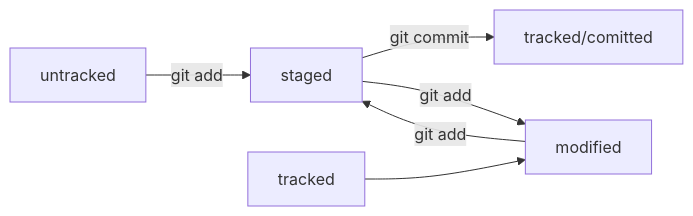
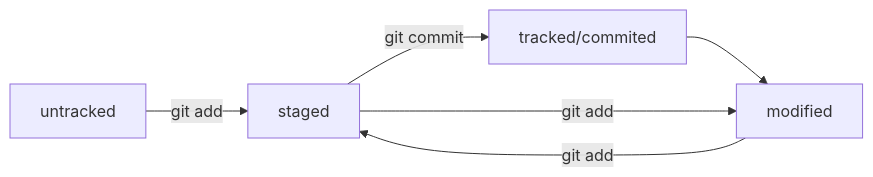
The diagram in readme.md (Vladimir-Stepanenko/project), drawn with Mermaid before and after one commit. The commit also changed other lines of this file, not shown here.

Commit message:
Исправить грамматику в блоке Статус файлов

````diff
--- a/readme.md
+++ b/readme.md
@@ -63,7 +63,7 @@
 ```mermaid
 graph LR;
   untracked -- "git add" --> staged;
-  staged -- "git commit" --> tracked/comitted;
-  tracked --> modified -- "git add" --> staged;
+  staged -- "git commit" --> tracked/commited;
+  tracked/commited --> modified -- "git add" --> staged;
   staged -- "git add" --> modified;
 ```  
````
